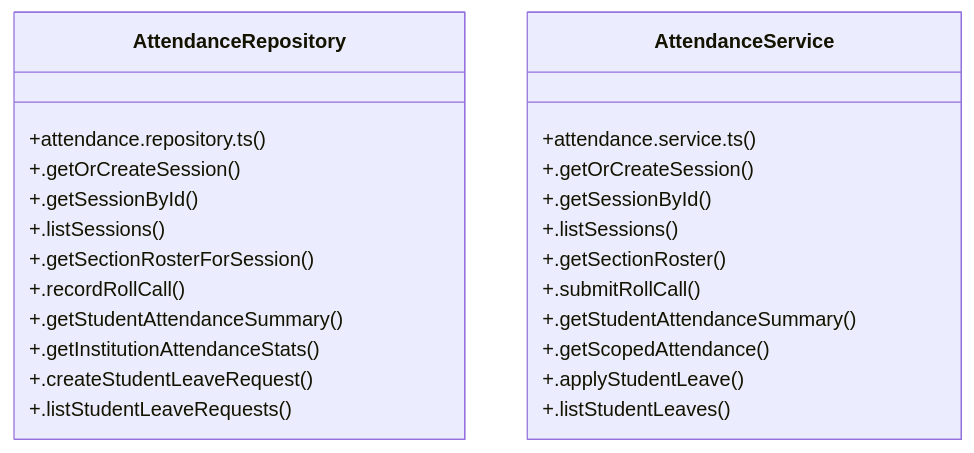
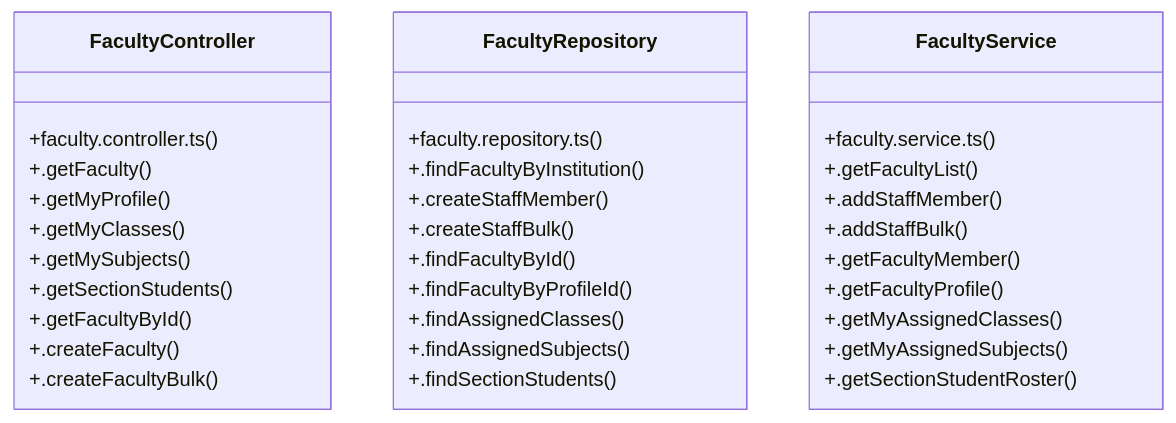
One commit to laxminivas06/vidforum changed the diagram in graphify-out/wiki/[{_email,_password,_role_=_'INSTITUTION_ADMIN'_}_&_inst]_Cluster.md. Above: the diagram before and after it, drawn with Mermaid. The commit also changed other lines of this file and 197 other files, not shown here.

Commit message:
docs(graphify): update knowledge graph with gate-r verification and provisioning

````diff
--- a/graphify-out/wiki/[{_email,_password,_role_=_'INSTITUTION_ADMIN'_}_&_inst]_Cluster.md
+++ b/graphify-out/wiki/[{_email,_password,_role_=_'INSTITUTION_ADMIN'_}_&_inst]_Cluster.md
@@ -36,27 +36,36 @@
 ```mermaid
 classDiagram
-    class AttendanceRepository {
-        +attendance.repository.ts()
-        +.getOrCreateSession()
-        +.getSessionById()
-        +.listSessions()
-        +.getSectionRosterForSession()
-        +.recordRollCall()
-        +.getStudentAttendanceSummary()
-        +.getInstitutionAttendanceStats()
-        +.createStudentLeaveRequest()
-        +.listStudentLeaveRequests()
+    class FacultyController {
+        +faculty.controller.ts()
+        +.getFaculty()
+        +.getMyProfile()
+        +.getMyClasses()
+        +.getMySubjects()
+        +.getSectionStudents()
+        +.getFacultyById()
+        +.createFaculty()
+        +.createFacultyBulk()
     }
-    class AttendanceService {
-        +attendance.service.ts()
-        +.getOrCreateSession()
-        +.getSessionById()
-        +.listSessions()
-        +.getSectionRoster()
-        +.submitRollCall()
-        +.getStudentAttendanceSummary()
-        +.getScopedAttendance()
-        +.applyStudentLeave()
-        +.listStudentLeaves()
+    class FacultyRepository {
+        +faculty.repository.ts()
+        +.findFacultyByInstitution()
+        +.createStaffMember()
+        +.createStaffBulk()
+        +.findFacultyById()
+        +.findFacultyByProfileId()
+        +.findAssignedClasses()
+        +.findAssignedSubjects()
+        +.findSectionStudents()
+    }
+    class FacultyService {
+        +faculty.service.ts()
+        +.getFacultyList()
+        +.addStaffMember()
+        +.addStaffBulk()
+        +.getFacultyMember()
+        +.getFacultyProfile()
+        +.getMyAssignedClasses()
+        +.getMyAssignedSubjects()
+        +.getSectionStudentRoster()
     }
 ```
````
